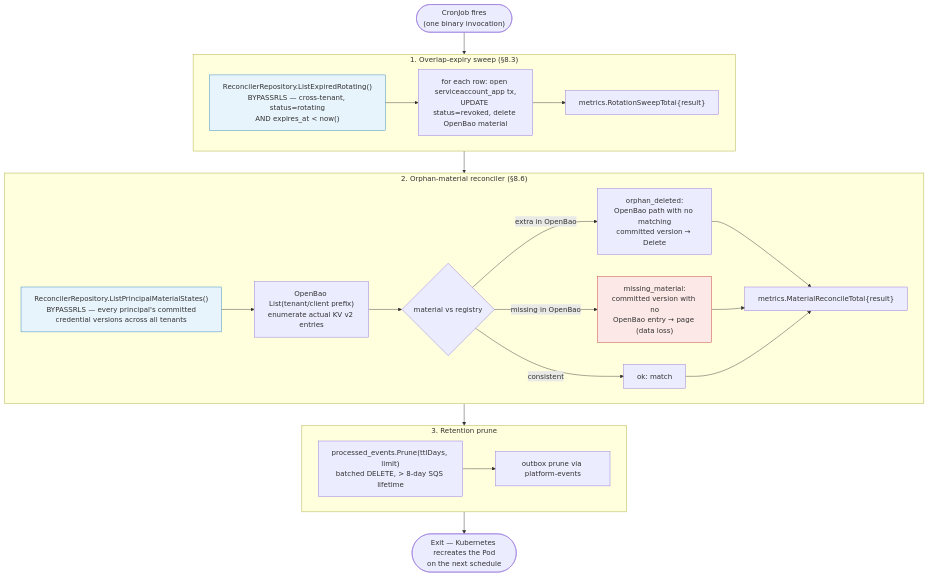
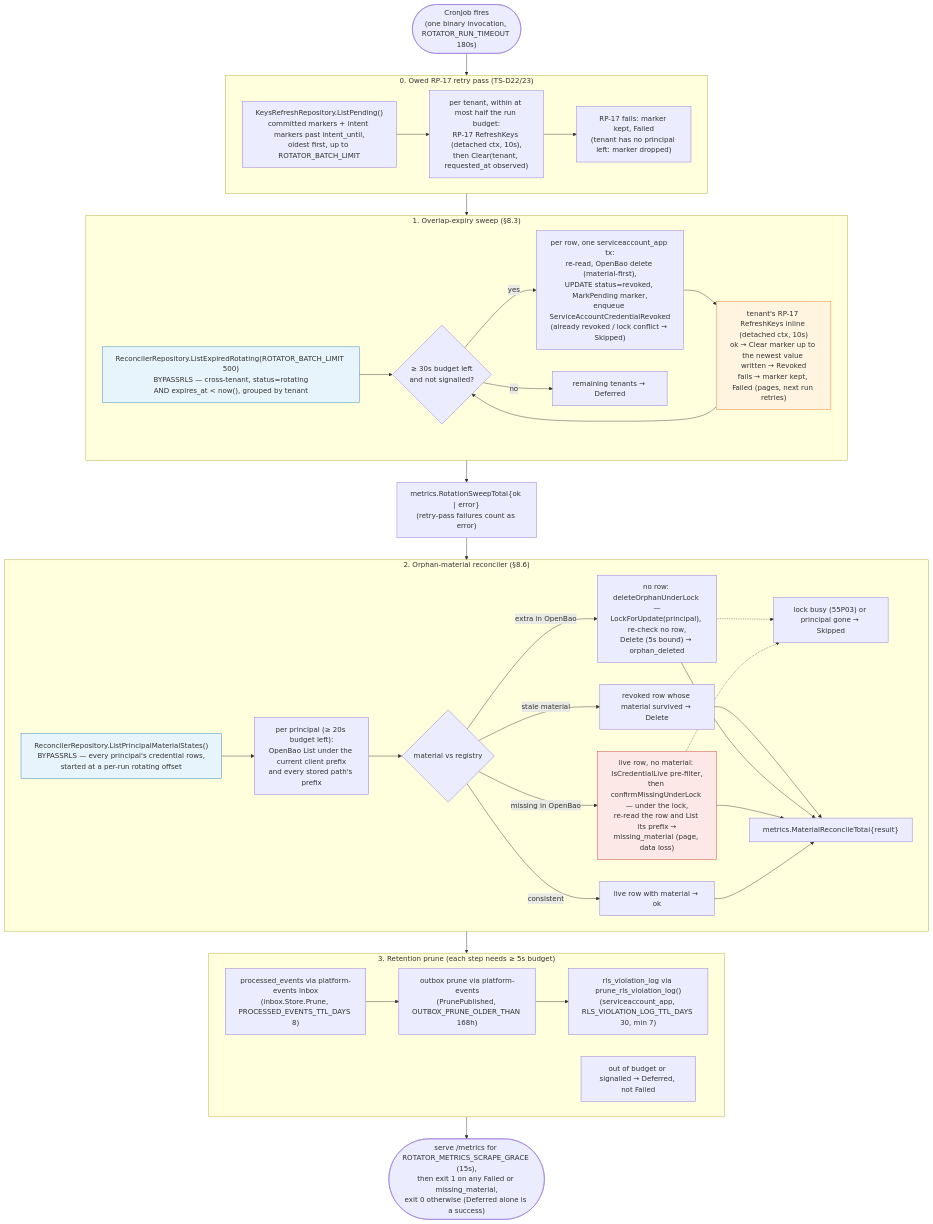
One commit to BCBP-SOLUTIONS-FZC-LLC/iam-token-service changed the diagram in docs/architecture/mermaid/reconciler-sweep-flow.mmd. Above: the diagram before and after it, drawn with Mermaid. The commit also changed 234 other files, not shown here.

```diff
--- a/docs/architecture/mermaid/reconciler-sweep-flow.mmd
+++ b/docs/architecture/mermaid/reconciler-sweep-flow.mmd
@@ -1,45 +1,69 @@
 %% cmd/rotator — run-to-completion CronJob (LLD §8.3, §8.6). Connects as
 %% serviceaccount_reconciler (BYPASSRLS, SELECT-only, no GUCProvider) for
 %% cross-tenant enumeration, then opens normal RLS-scoped
 %% serviceaccount_app transactions for the actual per-tenant writes
 %% (§4.3/RLS-7) — reconciler_jobs may not depend on the service layer.
+%% Order: owed RP-17 retry pass, overlap sweep (per-tenant RP-17 inline),
+%% orphan reconciler, prune — each budget-checked (TS-D22).
 flowchart TD
-    START(["CronJob fires<br/>(one binary invocation)"])
-    START --> SWEEP
+    START(["CronJob fires<br/>(one binary invocation, ROTATOR_RUN_TIMEOUT 180s)"])
+    START --> RETRY
+
+    subgraph RETRY["0. Owed RP-17 retry pass (TS-D22/23)"]
+        Q1["KeysRefreshRepository.ListPending()<br/>committed markers + intent markers past intent_until,<br/>oldest first, up to ROTATOR_BATCH_LIMIT"]
+        Q2["per tenant, within at most half the run budget:<br/>RP-17 RefreshKeys (detached ctx, 10s),<br/>then Clear(tenant, requested_at observed)"]
+        Q3["RP-17 fails: marker kept, Failed<br/>(tenant has no principal left: marker dropped)"]
+        Q1 --> Q2 --> Q3
+    end
+
+    RETRY --> SWEEP
 
     subgraph SWEEP["1. Overlap-expiry sweep (§8.3)"]
-        S1["ReconcilerRepository.ListExpiredRotating()<br/>BYPASSRLS — cross-tenant, status=rotating<br/>AND expires_at < now()"]
-        S2["for each row: open serviceaccount_app tx,<br/>UPDATE status=revoked, delete OpenBao material"]
-        S3["metrics.RotationSweepTotal{result}"]
-        S1 --> S2 --> S3
+        S1["ReconcilerRepository.ListExpiredRotating(ROTATOR_BATCH_LIMIT 500)<br/>BYPASSRLS — cross-tenant, status=rotating<br/>AND expires_at < now(), grouped by tenant"]
+        S2{"≥ 30s budget left<br/>and not signalled?"}
+        S3["per row, one serviceaccount_app tx:<br/>re-read, OpenBao delete (material-first),<br/>UPDATE status=revoked, MarkPending marker,<br/>enqueue ServiceAccountCredentialRevoked<br/>(already revoked / lock conflict → Skipped)"]
+        S4["tenant's RP-17 RefreshKeys inline (detached ctx, 10s)<br/>ok → Clear marker up to the newest value written → Revoked<br/>fails → marker kept, Failed (pages, next run retries)"]
+        S5["remaining tenants → Deferred"]
+        S1 --> S2
+        S2 -->|yes| S3 --> S4 --> S2
+        S2 -->|no| S5
     end
 
-    SWEEP --> RECON
+    SWEEP --> METRIC["metrics.RotationSweepTotal{ok | error}<br/>(retry-pass failures count as error)"]
+    METRIC --> RECON
 
     subgraph RECON["2. Orphan-material reconciler (§8.6)"]
-        R1["ReconcilerRepository.ListPrincipalMaterialStates()<br/>BYPASSRLS — every principal's committed<br/>credential versions across all tenants"]
-        R2["OpenBao List(tenant/client prefix)<br/>enumerate actual KV v2 entries"]
+        R1["ReconcilerRepository.ListPrincipalMaterialStates()<br/>BYPASSRLS — every principal's credential rows,<br/>started at a per-run rotating offset"]
+        R2["per principal (≥ 20s budget left):<br/>OpenBao List under the current client prefix<br/>and every stored path's prefix"]
         R3{"material vs registry"}
-        R4["orphan_deleted:<br/>OpenBao path with no matching<br/>committed version → Delete"]
-        R5["missing_material:<br/>committed version with no<br/>OpenBao entry → page (data loss)"]
-        R6["ok: match"]
+        R4["revoked row whose material survived → Delete"]
+        R5["no row: deleteOrphanUnderLock —<br/>LockForUpdate(principal), re-check no row,<br/>Delete (5s bound) → orphan_deleted"]
+        R6["live row, no material: IsCredentialLive pre-filter,<br/>then confirmMissingUnderLock — under the lock,<br/>re-read the row and List its prefix →<br/>missing_material (page, data loss)"]
+        R7["live row with material → ok"]
+        R8["lock busy (55P03) or principal gone → Skipped"]
         R1 --> R2 --> R3
-        R3 -->|extra in OpenBao| R4
-        R3 -->|missing in OpenBao| R5
-        R3 -->|consistent| R6
-        R4 & R5 & R6 --> R7["metrics.MaterialReconcileTotal{result}"]
+        R3 -->|stale material| R4
+        R3 -->|extra in OpenBao| R5
+        R3 -->|missing in OpenBao| R6
+        R3 -->|consistent| R7
+        R5 -.-> R8
+        R6 -.-> R8
+        R4 & R5 & R6 & R7 --> R9["metrics.MaterialReconcileTotal{result}"]
     end
 
     RECON --> PRUNE
 
-    subgraph PRUNE["3. Retention prune"]
-        P1["processed_events.Prune(ttlDays, limit)<br/>batched DELETE, > 8-day SQS lifetime"]
-        P2["outbox prune via platform-events"]
-        P1 --> P2
+    subgraph PRUNE["3. Retention prune (each step needs ≥ 5s budget)"]
+        P1["processed_events via platform-events inbox<br/>(inbox.Store.Prune, PROCESSED_EVENTS_TTL_DAYS 8)"]
+        P2["outbox prune via platform-events<br/>(PrunePublished, OUTBOX_PRUNE_OLDER_THAN 168h)"]
+        P3["rls_violation_log via prune_rls_violation_log()<br/>(serviceaccount_app, RLS_VIOLATION_LOG_TTL_DAYS 30, min 7)"]
+        P1 --> P2 --> P3
+        P4["out of budget or signalled → Deferred, not Failed"]
     end
 
-    PRUNE --> DONE(["Exit — Kubernetes recreates the Pod<br/>on the next schedule"])
+    PRUNE --> DONE(["serve /metrics for ROTATOR_METRICS_SCRAPE_GRACE (15s),<br/>then exit 1 on any Failed or missing_material,<br/>exit 0 otherwise (Deferred alone is a success)"])
 
     style S1 fill:#e8f4fc,stroke:#2980b9
     style R1 fill:#e8f4fc,stroke:#2980b9
-    style R5 fill:#fce8e6,stroke:#c0392b
+    style R6 fill:#fce8e6,stroke:#c0392b
+    style S4 fill:#fff4e0,stroke:#e67e22
```
